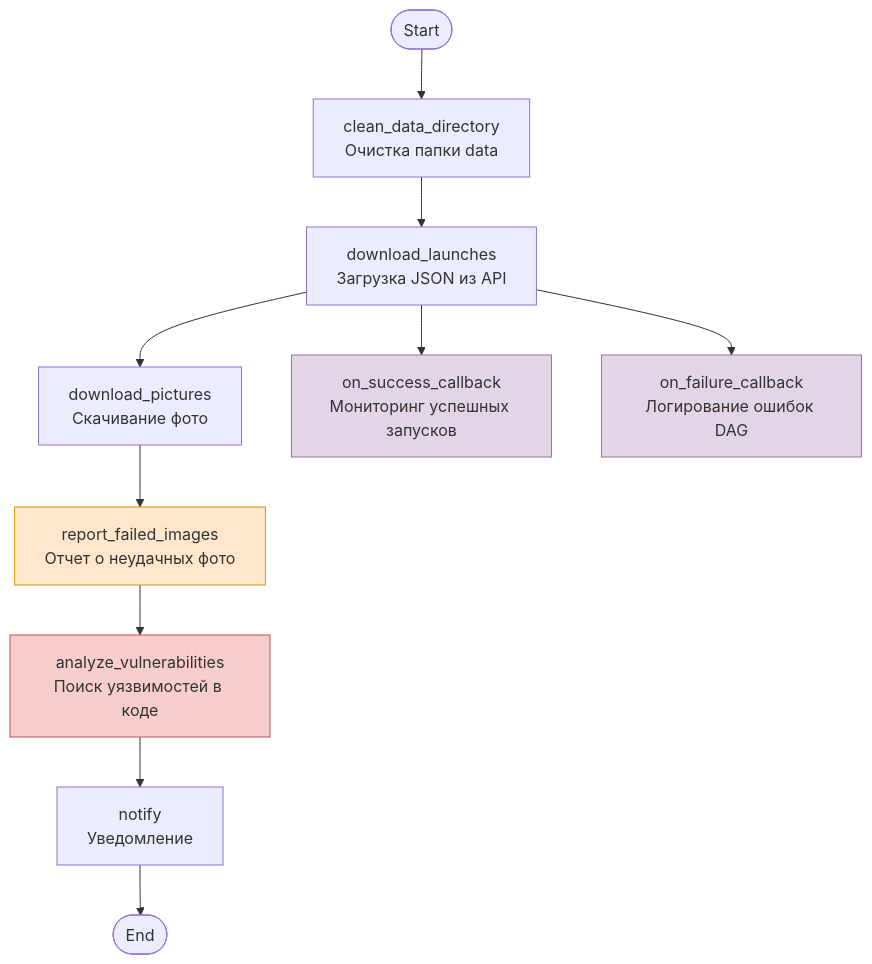
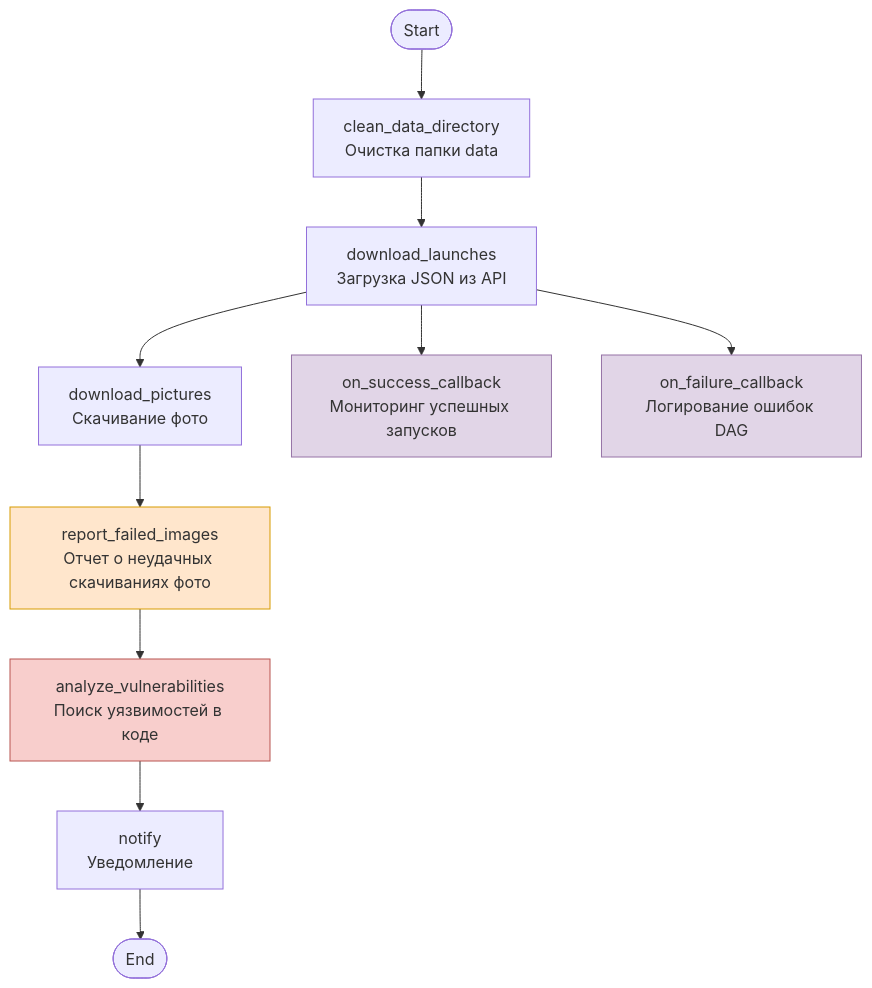
The second of 2 diagrams in lab5.2/Lab5_2.md (AlinaSabitova/ETL), drawn with Mermaid before and after one commit.

````diff
--- a/lab5.2/Lab5_2.md
+++ b/lab5.2/Lab5_2.md
@@ -96,26 +96,26 @@
 ```mermaid
 graph TD
     START([Start]) --> CLEAN
 
     CLEAN[clean_data_directory<br/>Очистка папки data]
 
     CLEAN --> DOWNLOAD_JSON[download_launches<br/>Загрузка JSON из API]
 
     DOWNLOAD_JSON --> DOWNLOAD_IMAGES[download_pictures<br/>Скачивание фото]
 
-    DOWNLOAD_IMAGES --> REPORT_FAILED[report_failed_images<br/>Отчет о неудачных фото]
+    DOWNLOAD_IMAGES --> REPORT_FAILED[report_failed_images<br/>Отчет о неудачных скачиваниях фото]
 
     REPORT_FAILED --> ANALYZE[analyze_vulnerabilities<br/>Поиск уязвимостей в коде]
 
     ANALYZE --> NOTIFY[notify<br/>Уведомление]
 
     NOTIFY --> END([End])
 
     DOWNLOAD_JSON --> SUCCESS[on_success_callback<br/>Мониторинг успешных запусков]
     DOWNLOAD_JSON --> FAILURE[on_failure_callback<br/>Логирование ошибок DAG]
 
     style REPORT_FAILED fill:#ffe6cc,stroke:#d79b00
     style ANALYZE fill:#f8cecc,stroke:#b85450
     style SUCCESS fill:#e1d5e7,stroke:#9673a6
     style FAILURE fill:#e1d5e7,stroke:#9673a6
 ```
````
